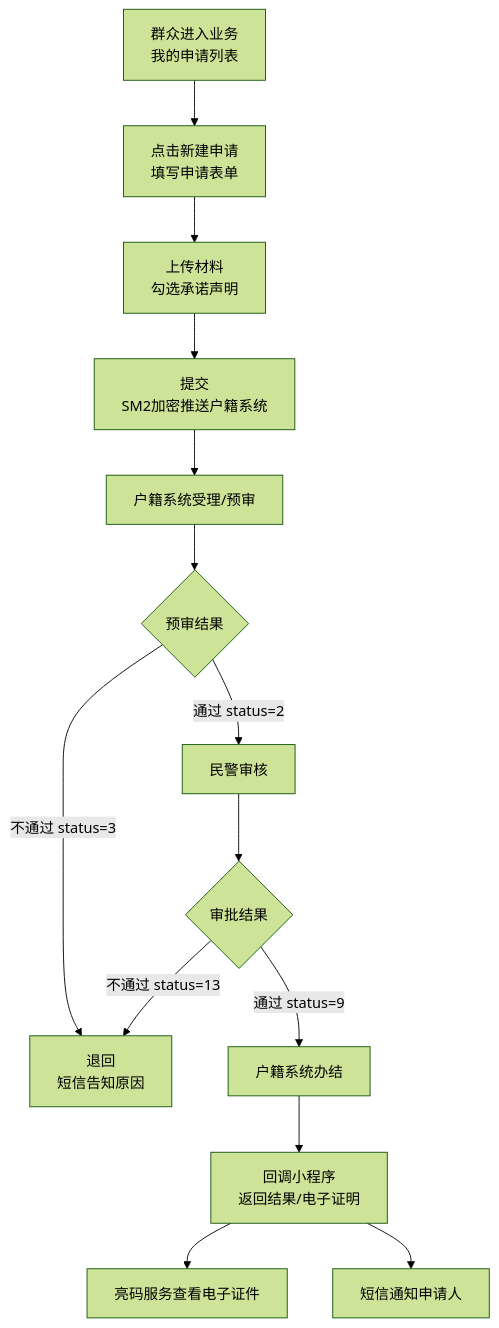
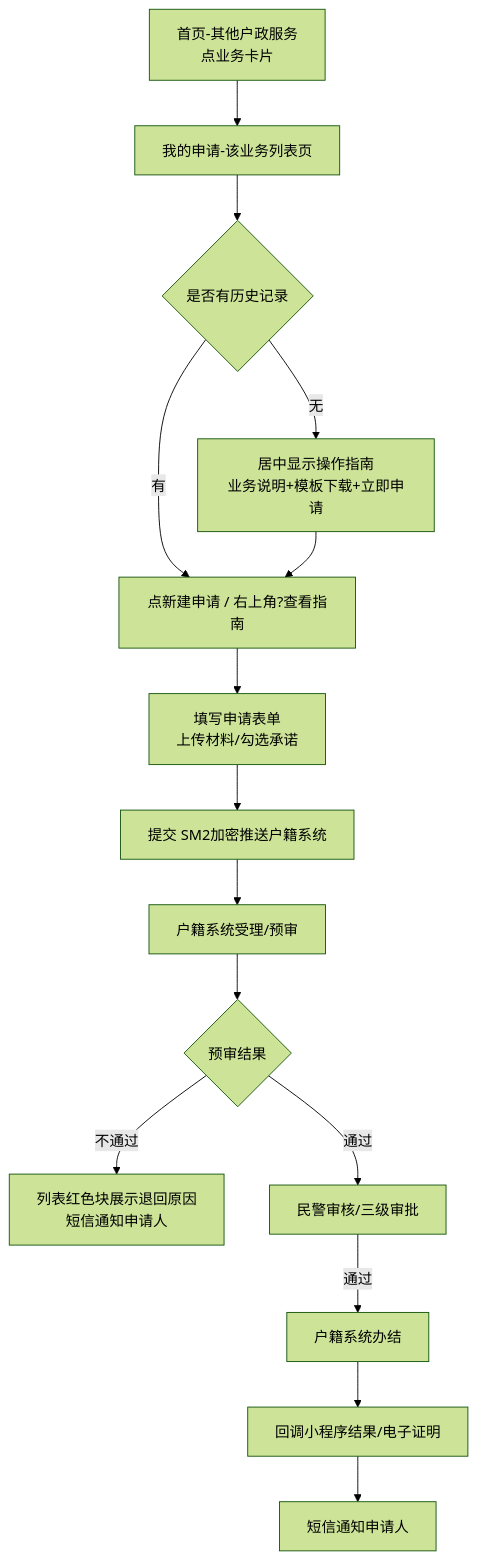
One commit to ikid-zhang/linzhi-miniprogram-prototype changed the first of 9 diagrams in 户政业务功能说明.md. Above: the diagram before and after it, drawn with Mermaid (forest theme). The commit also changed other lines of this file and 1 other file, not shown here.

````diff
--- a/户政业务功能说明.md
+++ b/户政业务功能说明.md
@@ -248,16 +306,17 @@
 ```mermaid
 flowchart TD
-    A[群众进入业务<br/>我的申请列表] --> B[点击新建申请<br/>填写申请表单]
-    B --> C[上传材料<br/>勾选承诺声明]
-    C --> D[提交<br/>SM2加密推送户籍系统]
-    D --> E[户籍系统受理/预审]
-    E --> F{预审结果}
-    F -->|不通过 status=3| R[退回<br/>短信告知原因]
-    F -->|通过 status=2| G[民警审核]
-    G --> H{审批结果}
-    H -->|不通过 status=13| R
-    H -->|通过 status=9| I[户籍系统办结]
-    I --> J[回调小程序<br/>返回结果/电子证明]
-    J --> K[亮码服务查看电子证件]
-    J --> L[短信通知申请人]
+    A[首页-其他户政服务<br/>点业务卡片] --> B[我的申请-该业务列表页]
+    B --> B1{是否有历史记录}
+    B1 -->|无| B2[居中显示操作指南<br/>业务说明+模板下载+立即申请]
+    B1 -->|有| C[点新建申请 / 右上角?查看指南]
+    B2 --> C
+    C --> D[填写申请表单<br/>上传材料/勾选承诺]
+    D --> E[提交 SM2加密推送户籍系统]
+    E --> F[户籍系统受理/预审]
+    F --> G{预审结果}
+    G -->|不通过| R[列表红色块展示退回原因<br/>短信通知申请人]
+    G -->|通过| H[民警审核/三级审批]
+    H -->|通过| I[户籍系统办结]
+    I --> J[回调小程序结果/电子证明]
+    J --> K[短信通知申请人]
 ```
````
